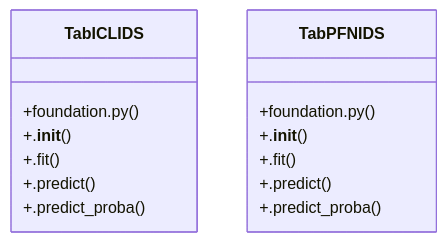
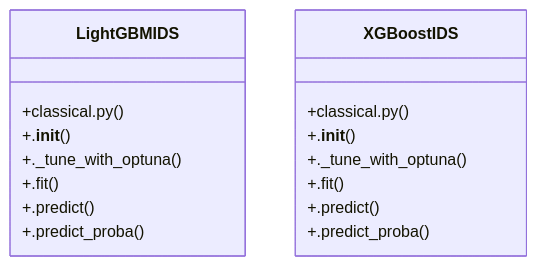
One commit to FY72X9/is_ai-vuln changed the diagram in graphify-out/wiki/Community_8.md. Above: the diagram before and after it, drawn with Mermaid. The commit also changed other lines of this file and 67 other files, not shown here.

Commit message:
docs: generate graphify knowledge base wiki, domains, and reports

````diff
--- a/graphify-out/wiki/Community_8.md
+++ b/graphify-out/wiki/Community_8.md
@@ -24,17 +26,19 @@
 ```mermaid
 classDiagram
-    class TabICLIDS {
-        +foundation.py()
+    class LightGBMIDS {
+        +classical.py()
         +.__init__()
+        +._tune_with_optuna()
         +.fit()
         +.predict()
         +.predict_proba()
     }
-    class TabPFNIDS {
-        +foundation.py()
+    class XGBoostIDS {
+        +classical.py()
         +.__init__()
+        +._tune_with_optuna()
         +.fit()
         +.predict()
         +.predict_proba()
     }
 ```
````
